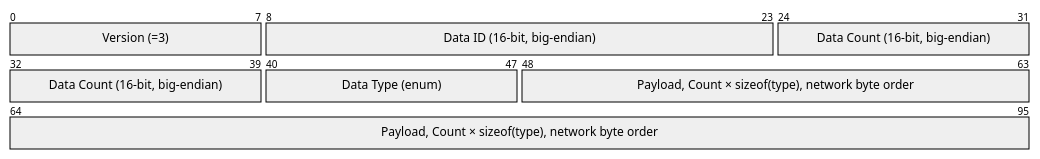
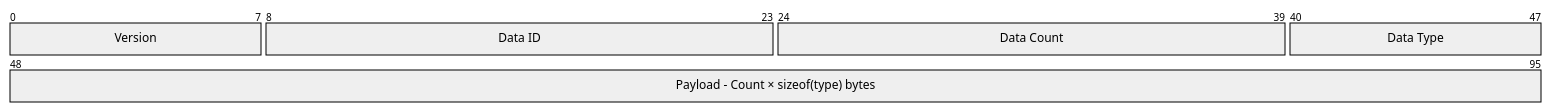
One commit to ClayJay3/MRDT_SoftwareTransitionDocs changed the first of 2 diagrams in docs/foundations/rovecomm.mdx. Above: the diagram before and after it, drawn with Mermaid. The commit also changed other lines of this file and 14 other files, not shown here.

````diff
--- a/docs/foundations/rovecomm.mdx
+++ b/docs/foundations/rovecomm.mdx
@@ -21,8 +23,13 @@
 ```mermaid
+---
+config:
+  packet:
+    bitsPerRow: 48
+---
 packet-beta
-0-7: "Version (=3)"
-8-23: "Data ID (16-bit, big-endian)"
-24-39: "Data Count (16-bit, big-endian)"
-40-47: "Data Type (enum)"
-48-95: "Payload, Count × sizeof(type), network byte order"
+0-7: "Version"
+8-23: "Data ID"
+24-39: "Data Count"
+40-47: "Data Type"
+48-95: "Payload - Count × sizeof(type) bytes"
 ```
````
